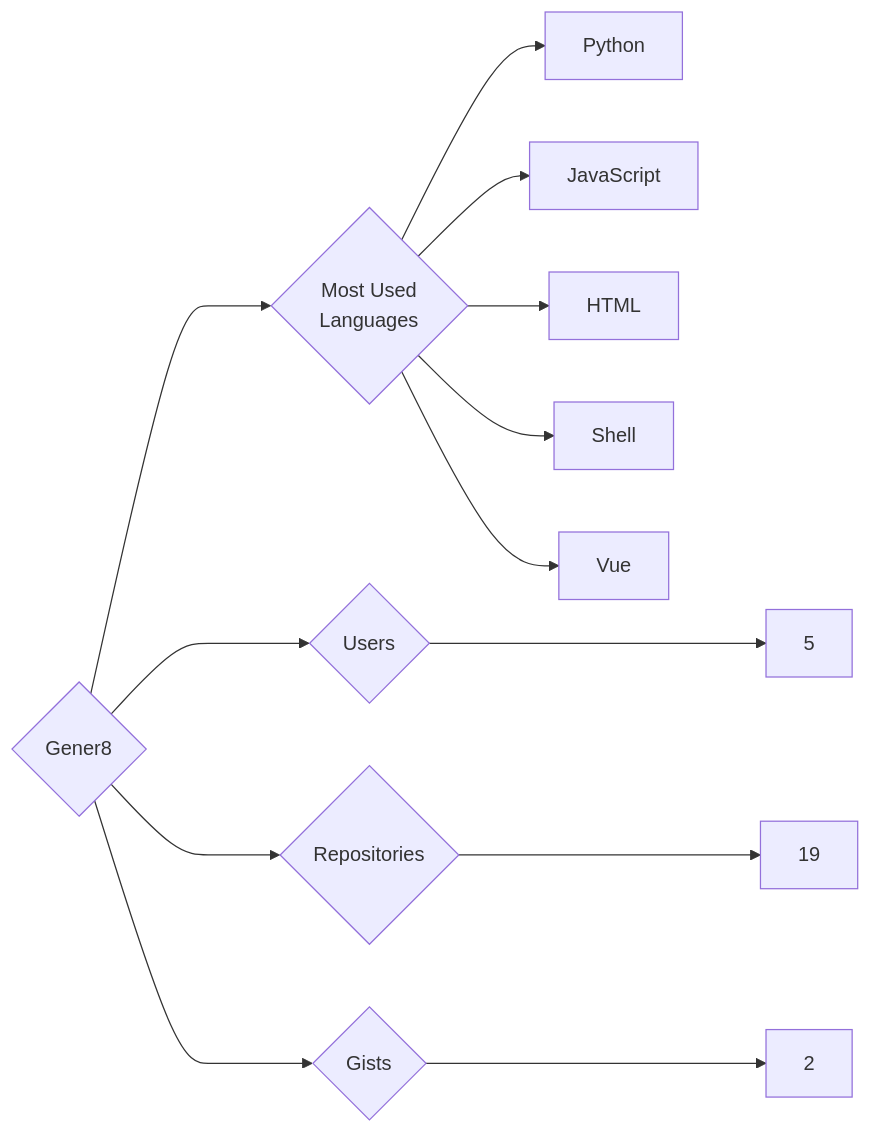
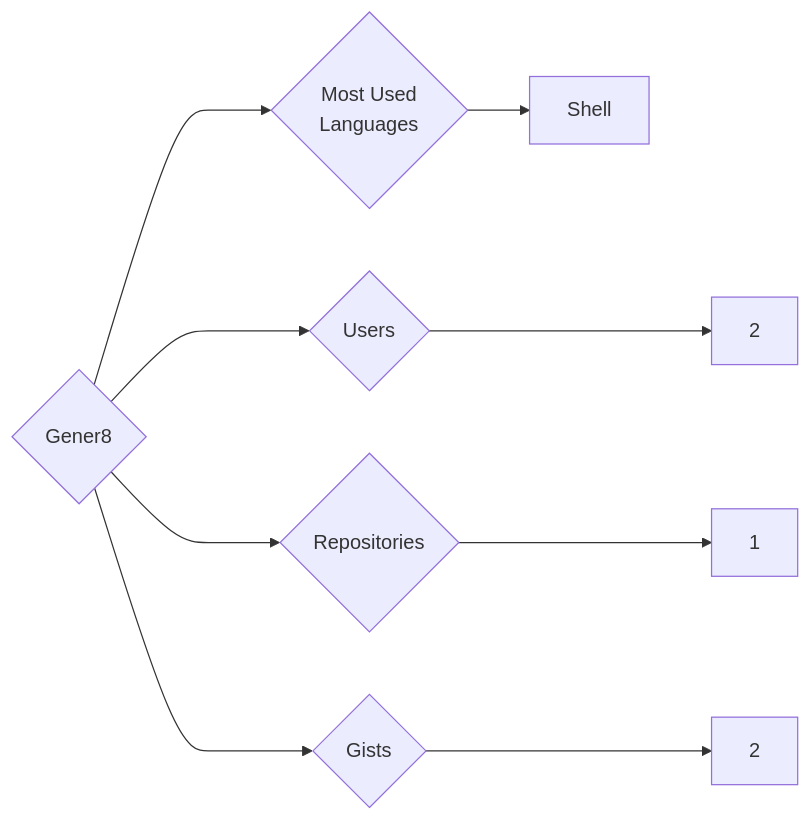
Before and after one commit to trickest/insiders: the diagram in targets/Gener8/README.md, drawn with Mermaid. The commit also changed 783 other files, not shown here.

````diff
--- a/targets/Gener8/README.md
+++ b/targets/Gener8/README.md
@@ -3,13 +3,9 @@
 ```mermaid
 graph LR
 COMPANY_NAME{Gener8}
-COMPANY_NAME ---> U{Users} ---> UN[5]
-COMPANY_NAME ---> R{Repositories} ---> RN[19]
+COMPANY_NAME ---> U{Users} ---> UN[2]
+COMPANY_NAME ---> R{Repositories} ---> RN[1]
 COMPANY_NAME ---> G{Gists} ---> GN[2]
 COMPANY_NAME ---> ML{Most Used<br>Languages}
-ML --> Python[Python]
-ML --> JavaScript[JavaScript]
-ML --> HTML[HTML]
 ML --> Shell[Shell]
-ML --> Vue[Vue]
 ```
````
